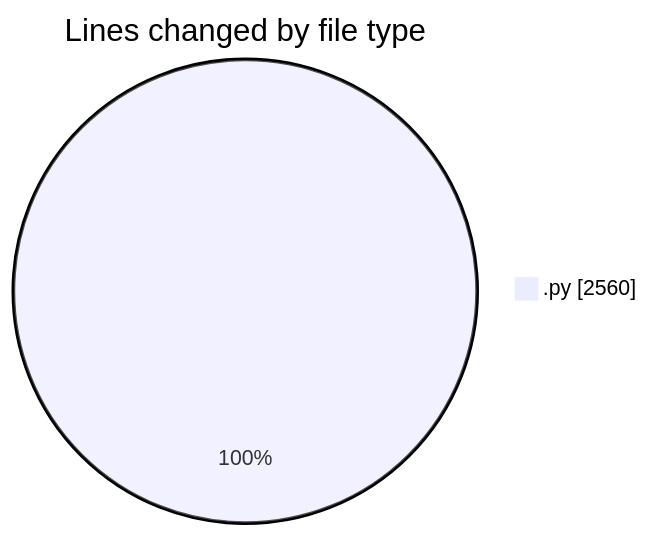
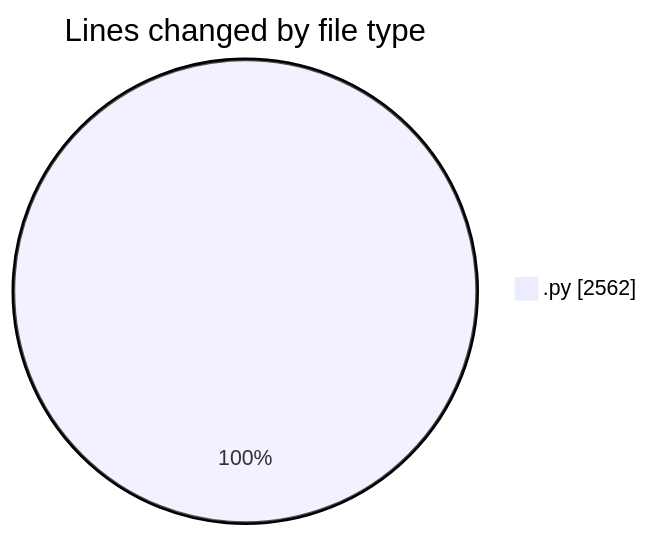
The first of 2 diagrams in 2025-11-25/eventscop-api-guide__workspace_/README.md (julien-gomy/code-tracking), drawn with Mermaid before and after one commit. The commit also changed other lines of this file and 1 other file, not shown here.

````diff
--- a/2025-11-25/eventscop-api-guide__workspace_/README.md
+++ b/2025-11-25/eventscop-api-guide__workspace_/README.md
@@ -24,5 +24,5 @@
 ```mermaid
 pie showData
 title Lines changed by file type
-".py" : 2560
+".py" : 2562
 ```
````
